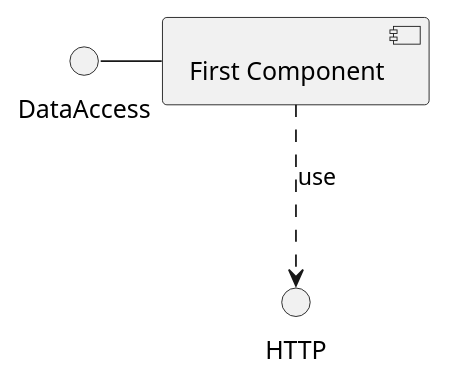
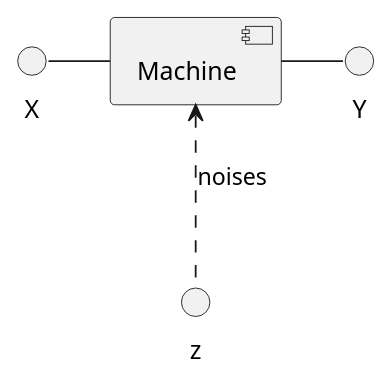
One commit to michalskibinski109/marcin changed the diagram in PIP/lecture_1.md. Above: the diagram before and after it, drawn with PlantUML. The commit also changed 2 other files, not shown here.

````diff
--- a/PIP/lecture_1.md
+++ b/PIP/lecture_1.md
@@ -20,9 +20,10 @@
 ```plantuml
 @startuml
 
-DataAccess - [First Component]
-[First Component] ..> HTTP : use
+X - [Machine]
+[Machine] - Y
+[Machine] <.. z : noises
 
 @enduml
 
 ```
````
